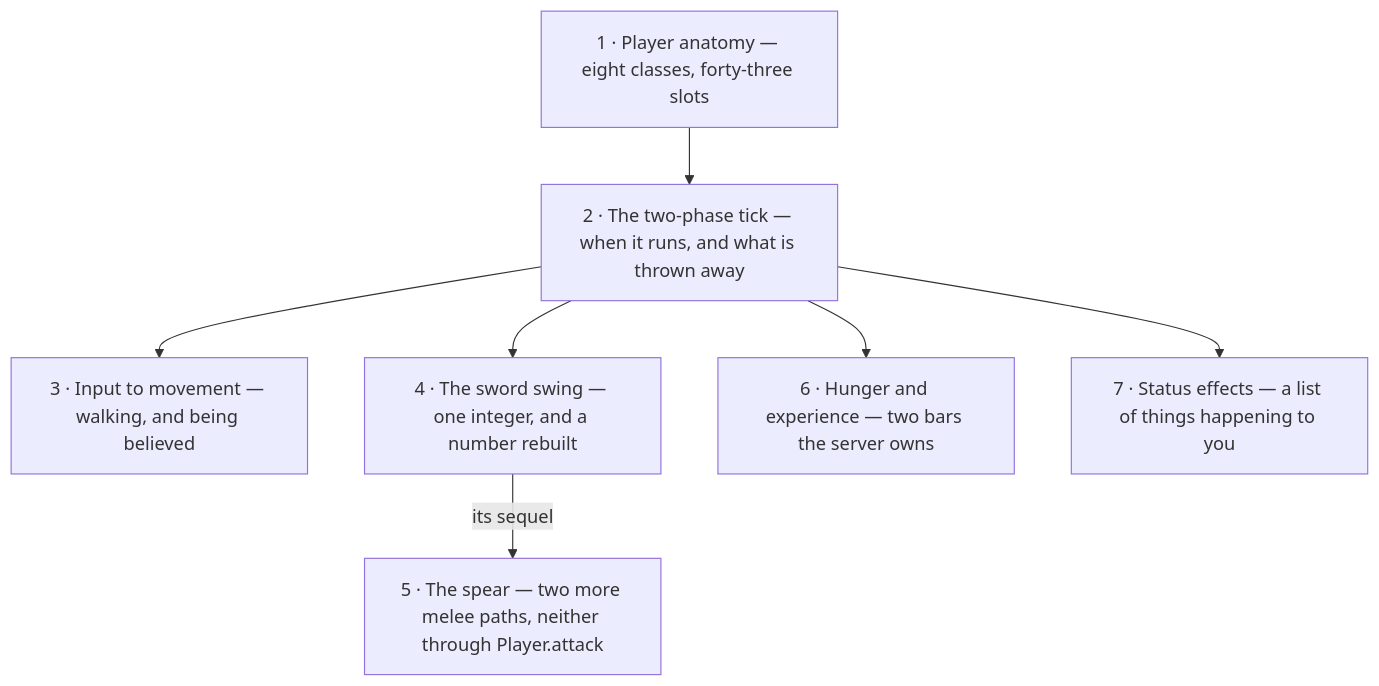
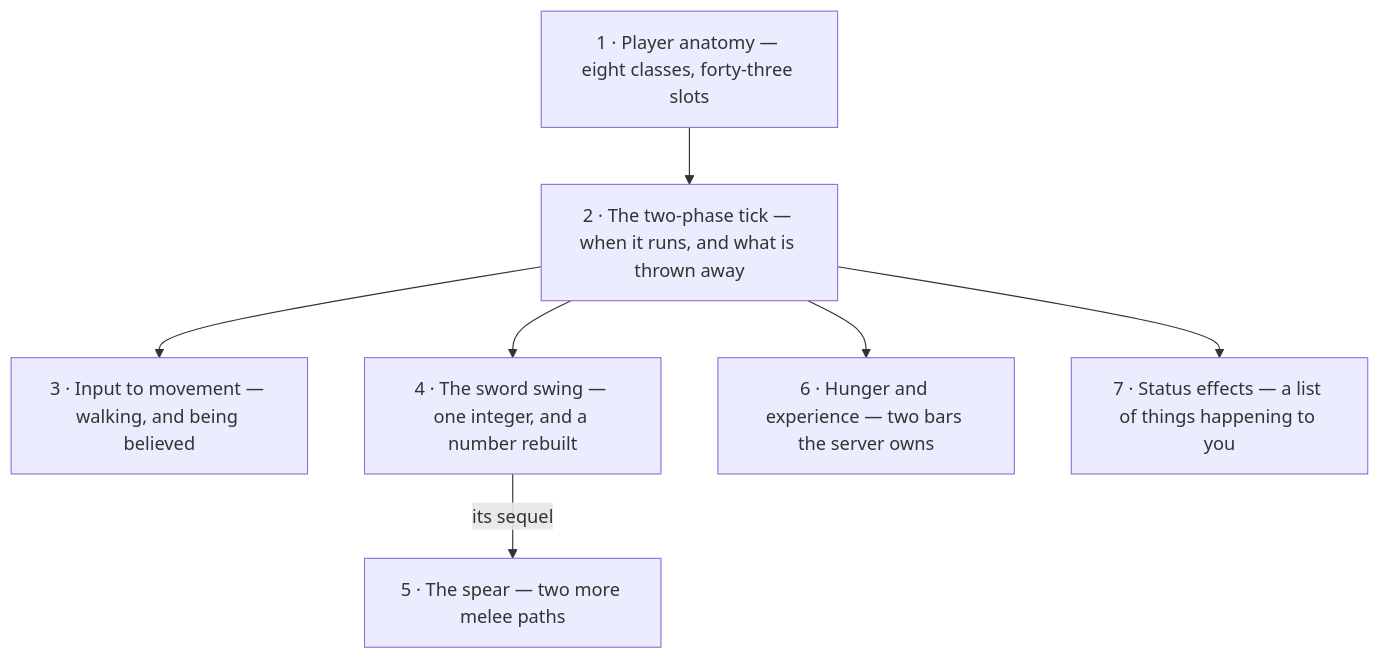
Before and after one commit to AlexanderjFraser/MinecraftDocs: the diagram in src/systems/player/README.md, drawn with Mermaid. The commit also changed 55 other files, not shown here.

First line of the commit message:
pass 7, session O — the close, before K: the figure gate strict, the landing figures read as one set, and one strike in thirty not borne out

````diff
--- a/src/systems/player/README.md
+++ b/src/systems/player/README.md
@@ -31,16 +31,16 @@
 ```mermaid
 flowchart TD
     PA["1 · Player anatomy — eight classes, forty-three slots"]
     TT["2 · The two-phase tick — when it runs, and what is thrown away"]
     IM["3 · Input to movement — walking, and being believed"]
     SS["4 · The sword swing — one integer, and a number rebuilt"]
-    SP["5 · The spear — two more melee paths, neither through Player.attack"]
+    SP["5 · The spear — two more melee paths"]
     HE["6 · Hunger and experience — two bars the server owns"]
     SE["7 · Status effects — a list of things happening to you"]
     PA --> TT
     TT --> IM
     TT --> SS
     TT --> HE
     TT --> SE
     SS -- "its sequel" --> SP
 ```
````
